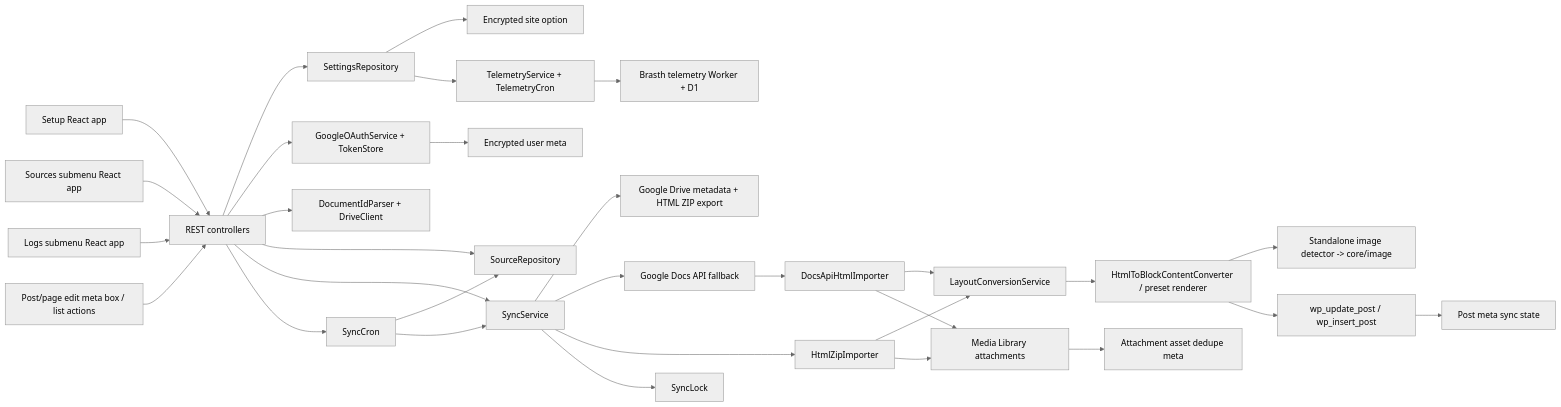
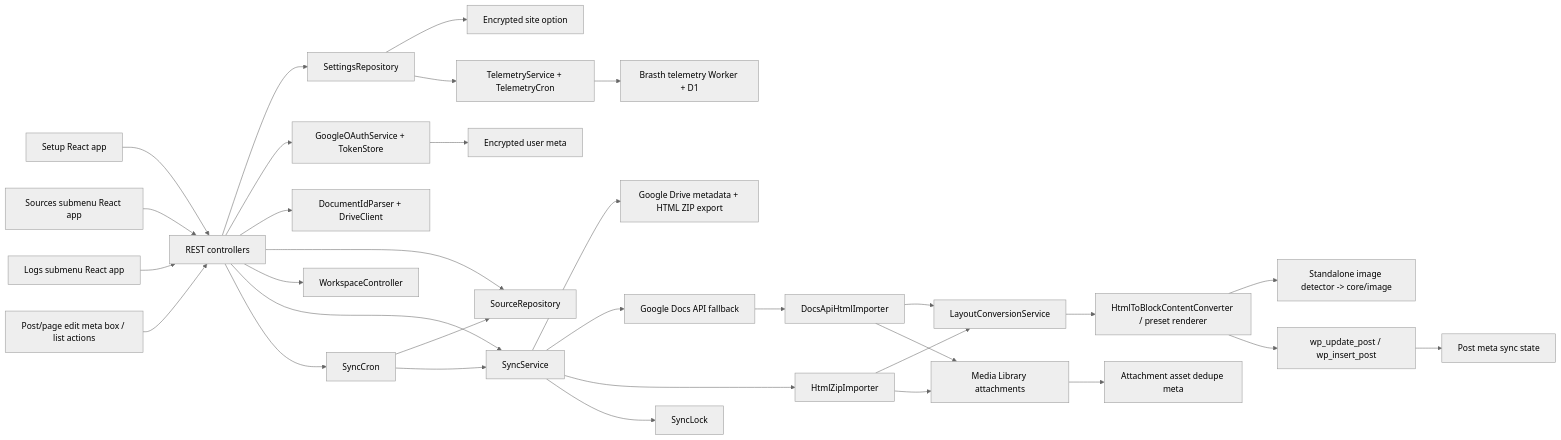
Before and after one commit to Brasth/DocSync-WP: the first of 2 diagrams in docs/system-architecture.md, drawn with Mermaid (neutral theme). The commit also changed other lines of this file and 74 other files, not shown here.

````diff
--- a/docs/system-architecture.md
+++ b/docs/system-architecture.md
@@ -19,33 +19,34 @@
 ```mermaid
 flowchart LR
   SetupApp["Setup React app"] --> REST["REST controllers"]
   SourcesApp["Sources submenu React app"] --> REST
   LogsApp["Logs submenu React app"] --> REST
   TargetUI["Post/page edit meta box / list actions"] --> REST
   REST --> Settings["SettingsRepository"]
   REST --> OAuth["GoogleOAuthService + TokenStore"]
   REST --> Docs["DocumentIdParser + DriveClient"]
   REST --> Sources["SourceRepository"]
+  REST --> Workspace["WorkspaceController"]
   REST --> Sync["SyncService"]
   REST --> Cron["SyncCron"]
   Sync --> Drive["Google Drive metadata + HTML ZIP export"]
   Sync --> DocsAPI["Google Docs API fallback"]
   Sync --> Import["HtmlZipImporter"]
   DocsAPI --> FallbackImport["DocsApiHtmlImporter"]
   Import --> Layouts["LayoutConversionService"]
   FallbackImport --> Layouts
   Layouts --> Blocks["HtmlToBlockContentConverter / preset renderer"]
   Blocks --> NativeImages["Standalone image detector -> core/image"]
   Sync --> Lock["SyncLock"]
   Import --> Media["Media Library attachments"]
   Blocks --> WP["wp_update_post / wp_insert_post"]
   WP --> Meta["Post meta sync state"]
   Media --> AttachmentMeta["Attachment asset dedupe meta"]
   FallbackImport --> Media
   OAuth --> Tokens["Encrypted user meta"]
   Settings --> Opts["Encrypted site option"]
   Cron --> Sources
   Cron --> Sync
   Settings --> Telemetry["TelemetryService + TelemetryCron"]
   Telemetry --> Worker["Brasth telemetry Worker + D1"]
 ```
````
